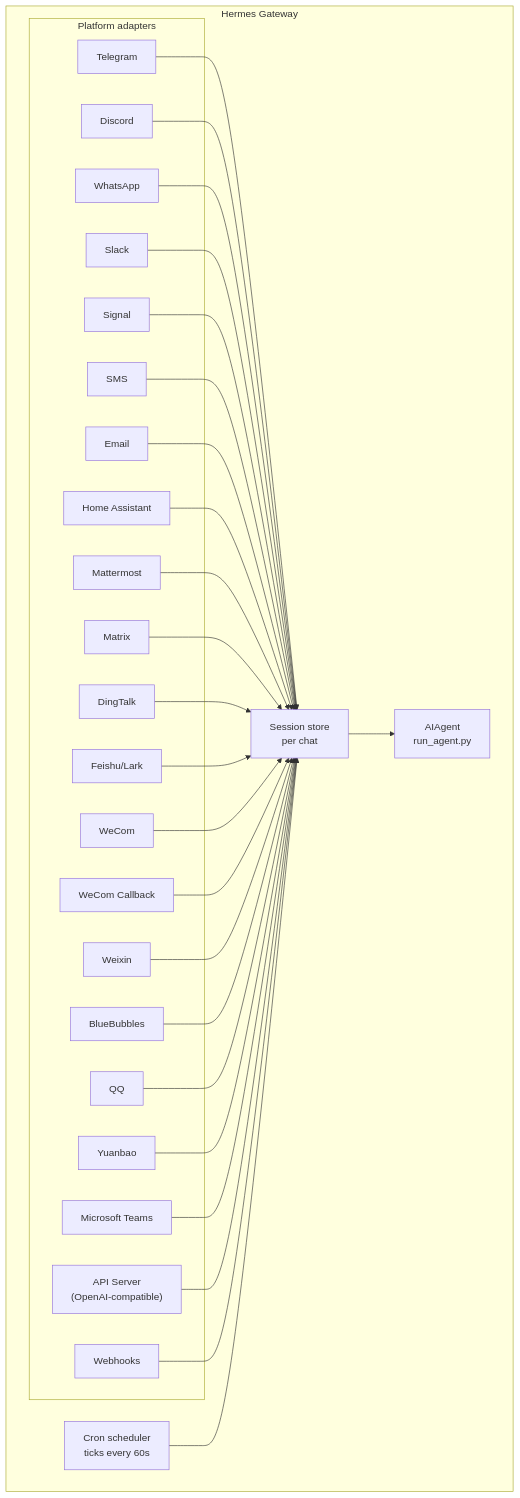
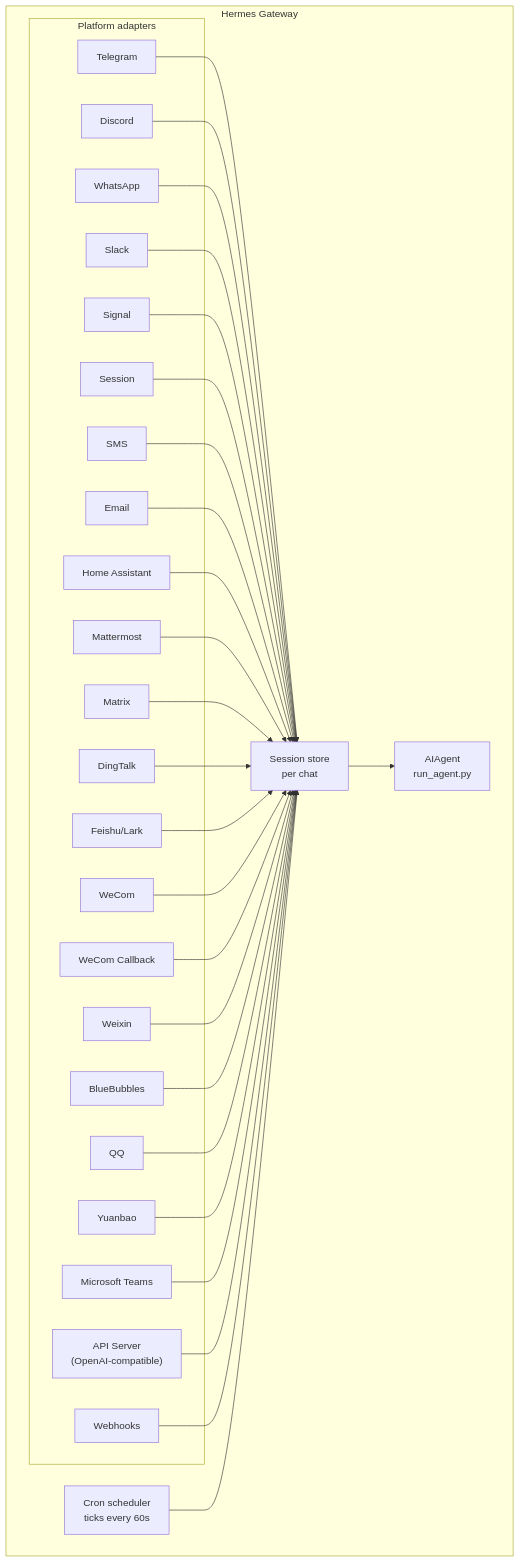
One commit to urnowhere/hermes-agent changed the diagram in website/docs/user-guide/messaging/index.md. Above: the diagram before and after it, drawn with Mermaid. The commit also changed other lines of this file and 23 other files, not shown here.

````diff
--- a/website/docs/user-guide/messaging/index.md
+++ b/website/docs/user-guide/messaging/index.md
@@ -41,56 +42,58 @@
 ```mermaid
 flowchart TB
     subgraph Gateway["Hermes Gateway"]
         subgraph Adapters["Platform adapters"]
             tg[Telegram]
             dc[Discord]
             wa[WhatsApp]
             sl[Slack]
             sig[Signal]
+            ses[Session]
             sms[SMS]
             em[Email]
             ha[Home Assistant]
             mm[Mattermost]
             mx[Matrix]
             dt[DingTalk]
     fs[Feishu/Lark]
     wc[WeCom]
     wcb[WeCom Callback]
     wx[Weixin]
     bb[BlueBubbles]
     qq[QQ]
     yb[Yuanbao]
     ms[Microsoft Teams]
     api["API Server<br/>(OpenAI-compatible)"]
     wh[Webhooks]
         end
 
         store["Session store<br/>per chat"]
         agent["AIAgent<br/>run_agent.py"]
         cron["Cron scheduler<br/>ticks every 60s"]
     end
 
     tg --> store
     dc --> store
     wa --> store
     sl --> store
     sig --> store
+    ses --> store
     sms --> store
     em --> store
     ha --> store
     mm --> store
     mx --> store
     dt --> store
     fs --> store
     wc --> store
     wcb --> store
     wx --> store
     bb --> store
     qq --> store
     yb --> store
     ms --> store
     api --> store
     wh --> store
     store --> agent
     cron --> store
 ```
````
